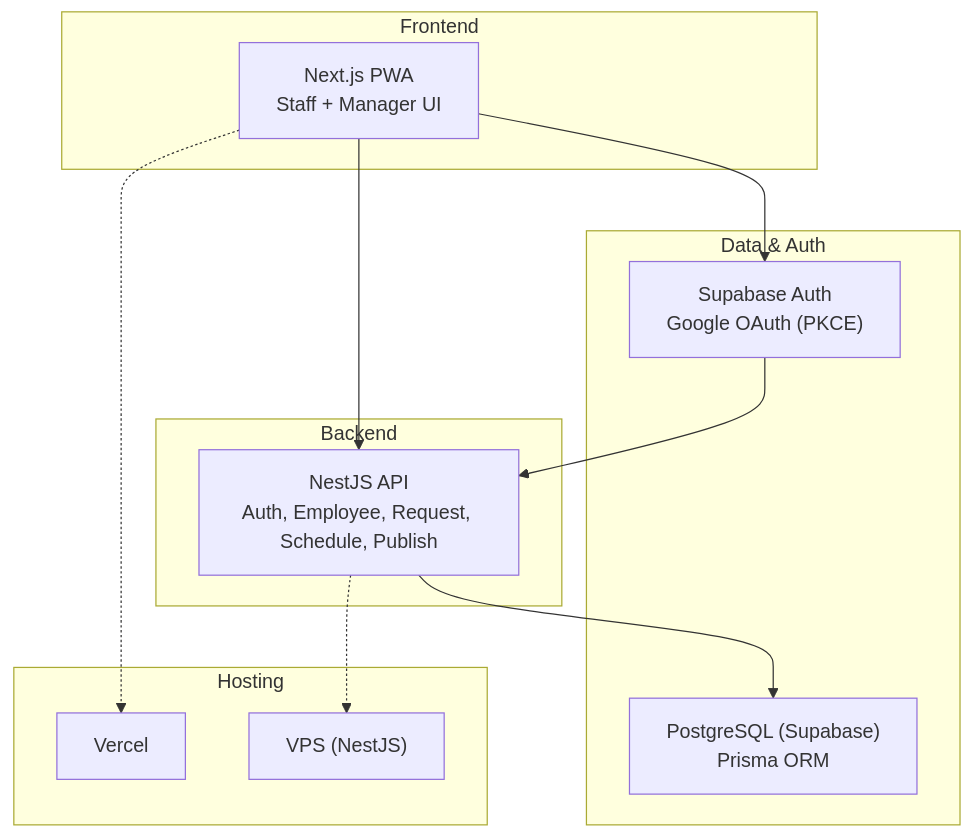
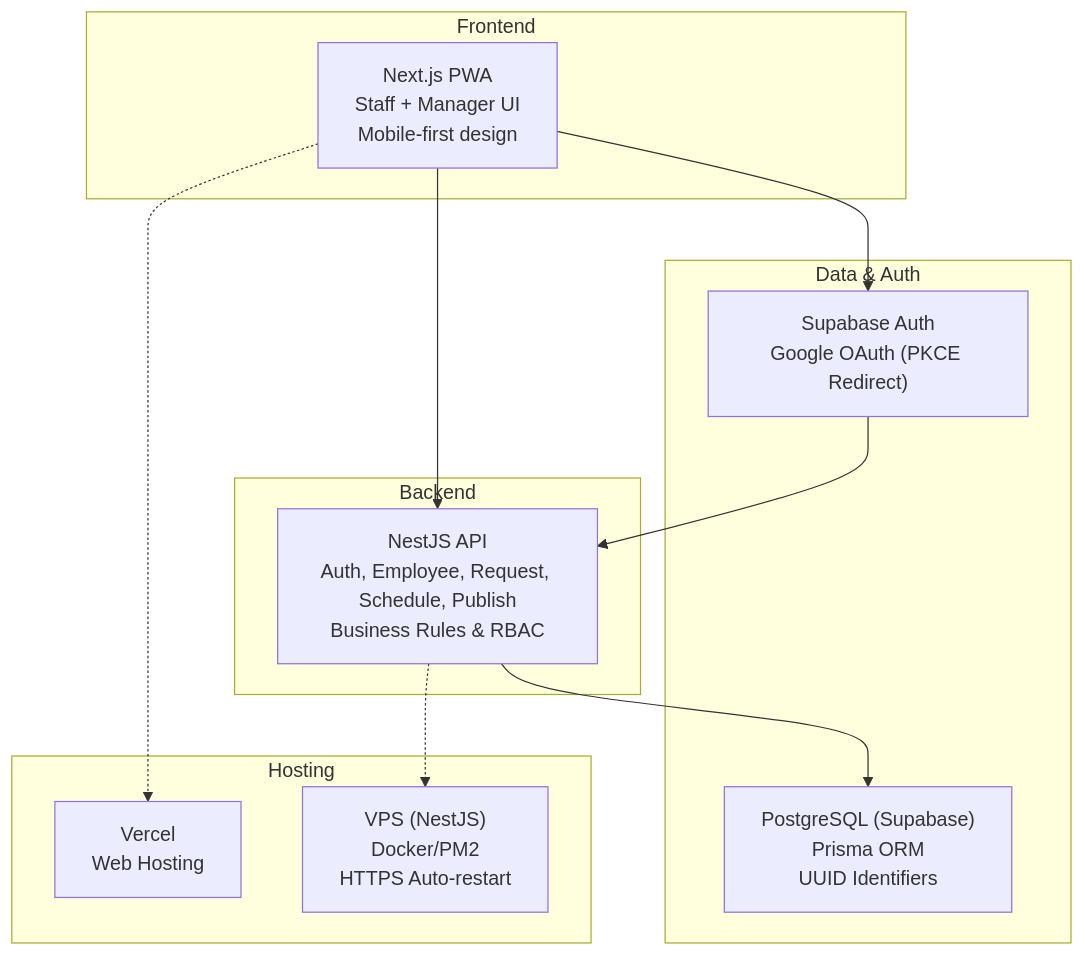
One commit to epo33m/scheduling changed the second of 10 diagrams in .qoder/repowiki/en/content/Product Requirements Document/Product Requirements Document.md. Above: the diagram before and after it, drawn with Mermaid. The commit also changed other lines of this file and 28 other files, not shown here.

````diff
--- a/.qoder/repowiki/en/content/Product Requirements Document/Product Requirements Document.md
+++ b/.qoder/repowiki/en/content/Product Requirements Document/Product Requirements Document.md
@@ -73,23 +86,23 @@
 ```mermaid
 graph TB
 subgraph "Frontend"
-Web["Next.js PWA<br/>Staff + Manager UI"]
+Web["Next.js PWA<br/>Staff + Manager UI<br/>Mobile-first design"]
 end
 subgraph "Backend"
-API["NestJS API<br/>Auth, Employee, Request, Schedule, Publish"]
+API["NestJS API<br/>Auth, Employee, Request, Schedule, Publish<br/>Business Rules & RBAC"]
 end
 subgraph "Data & Auth"
-DB["PostgreSQL (Supabase)<br/>Prisma ORM"]
-Auth["Supabase Auth<br/>Google OAuth (PKCE)"]
+DB["PostgreSQL (Supabase)<br/>Prisma ORM<br/>UUID Identifiers"]
+Auth["Supabase Auth<br/>Google OAuth (PKCE Redirect)"]
 end
 subgraph "Hosting"
-Vercel["Vercel"]
-VPS["VPS (NestJS)"]
+Vercel["Vercel<br/>Web Hosting"]
+VPS["VPS (NestJS)<br/>Docker/PM2<br/>HTTPS Auto-restart"]
 end
 Web --> API
 API --> DB
 Web --> Auth
 Auth --> API
 Web -.-> Vercel
 API -.-> VPS
 ```
````
